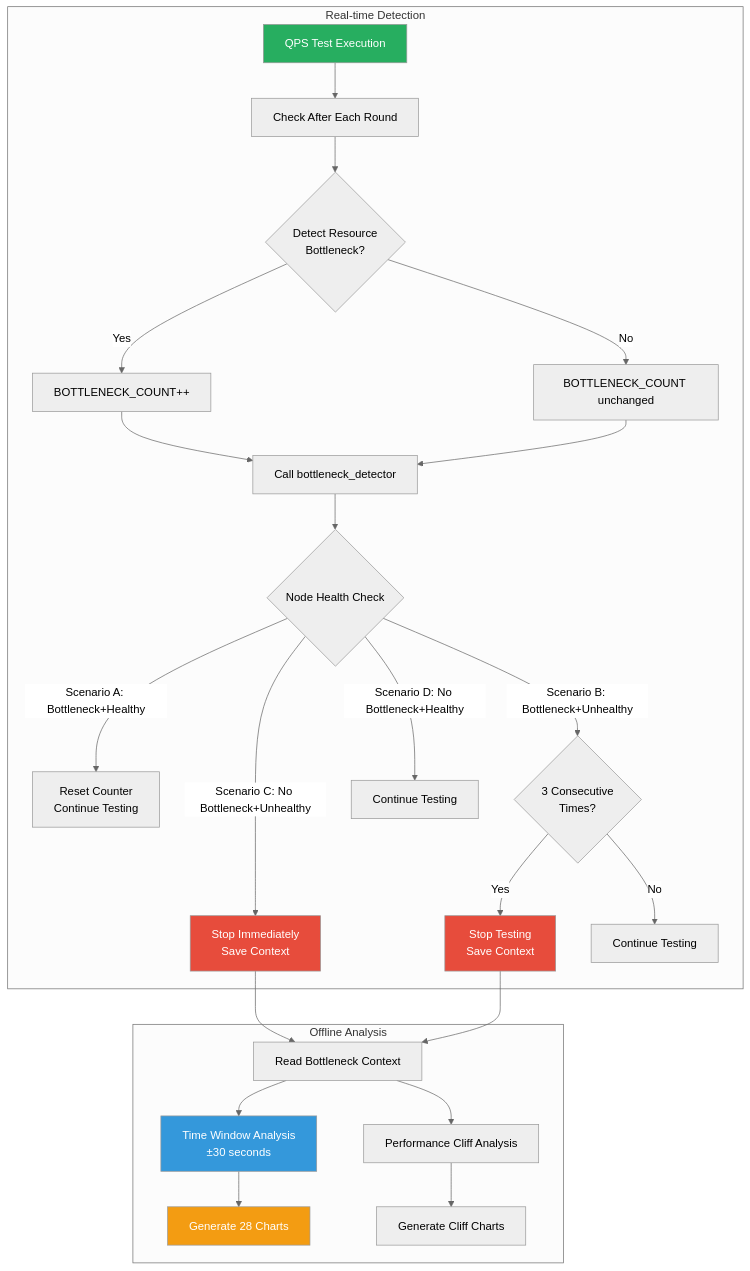
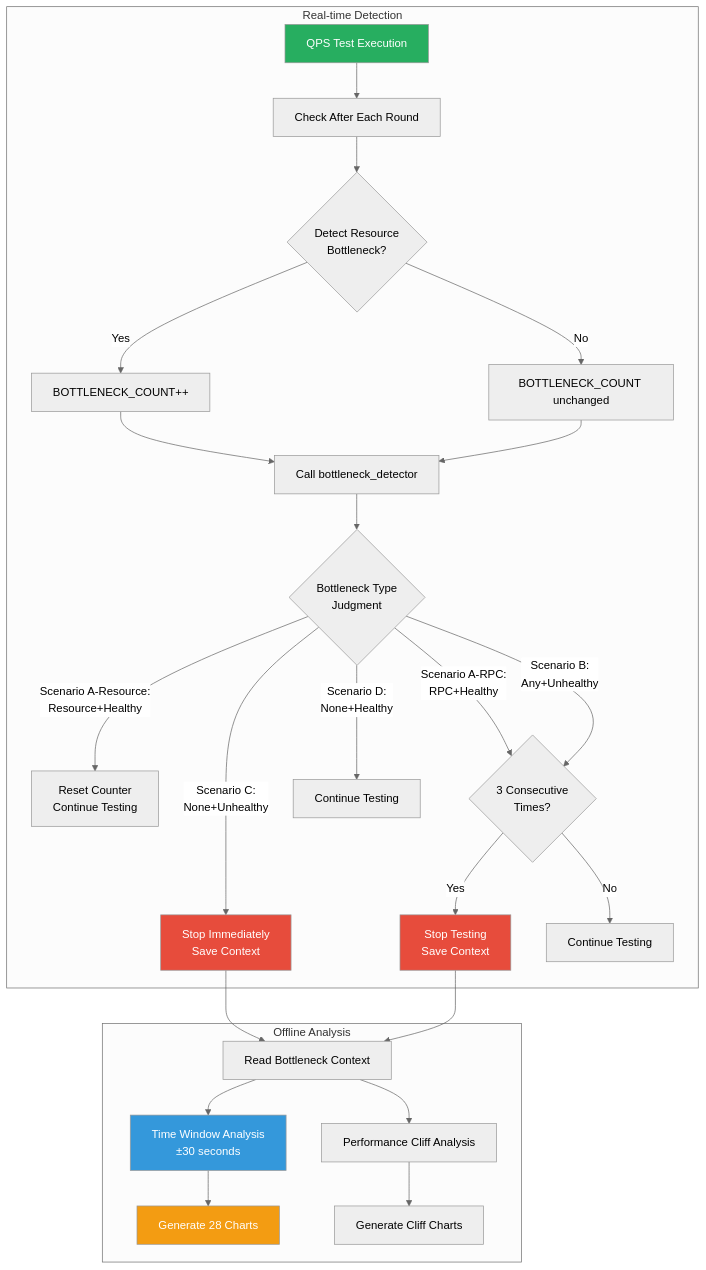
Before and after one commit to StayHungryStayFoolish/blockchain-node-benchmark: the sixth of 8 diagrams in docs/monitoring-mechanism.md, drawn with Mermaid (neutral theme). The commit also changed other lines of this file and 1 other file, not shown here.

````diff
--- a/docs/monitoring-mechanism.md
+++ b/docs/monitoring-mechanism.md
@@ -521,33 +521,34 @@
 ```mermaid
 graph TB
     subgraph "Real-time Detection"
         A[QPS Test Execution] --> B[Check After Each Round]
         B --> C{Detect Resource<br/>Bottleneck?}
         C -->|Yes| D[BOTTLENECK_COUNT++]
         C -->|No| E[BOTTLENECK_COUNT unchanged]
         D --> F[Call bottleneck_detector]
         E --> F
-        F --> G{Node Health Check}
-        G -->|Scenario A: Bottleneck+Healthy| H[Reset Counter<br/>Continue Testing]
-        G -->|Scenario B: Bottleneck+Unhealthy| I{3 Consecutive<br/>Times?}
-        G -->|Scenario C: No Bottleneck+Unhealthy| J[Stop Immediately<br/>Save Context]
-        G -->|Scenario D: No Bottleneck+Healthy| K[Continue Testing]
+        F --> G{Bottleneck Type<br/>Judgment}
+        G -->|Scenario A-Resource:<br/>Resource+Healthy| H[Reset Counter<br/>Continue Testing]
+        G -->|Scenario A-RPC:<br/>RPC+Healthy| I{3 Consecutive<br/>Times?}
+        G -->|Scenario B:<br/>Any+Unhealthy| I
+        G -->|Scenario C:<br/>None+Unhealthy| J[Stop Immediately<br/>Save Context]
+        G -->|Scenario D:<br/>None+Healthy| K[Continue Testing]
         I -->|Yes| L[Stop Testing<br/>Save Context]
         I -->|No| M[Continue Testing]
     end
     
     subgraph "Offline Analysis"
         J --> N[Read Bottleneck Context]
         L --> N
         N --> O[Time Window Analysis<br/>±30 seconds]
         N --> P[Performance Cliff Analysis]
         O --> Q[Generate 28 Charts]
         P --> R[Generate Cliff Charts]
     end
     
     style A fill:#27AE60,color:#fff
     style J fill:#E74C3C,color:#fff
     style L fill:#E74C3C,color:#fff
     style O fill:#3498DB,color:#fff
     style Q fill:#F39C12,color:#fff
 ```
````
